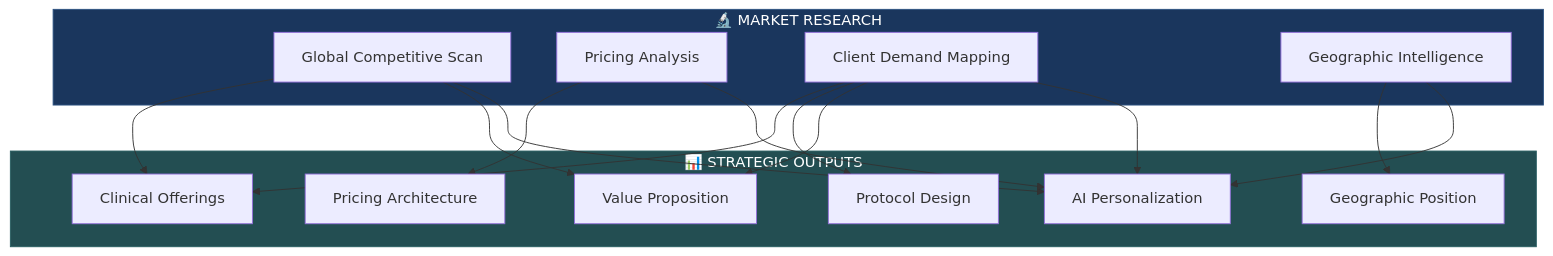
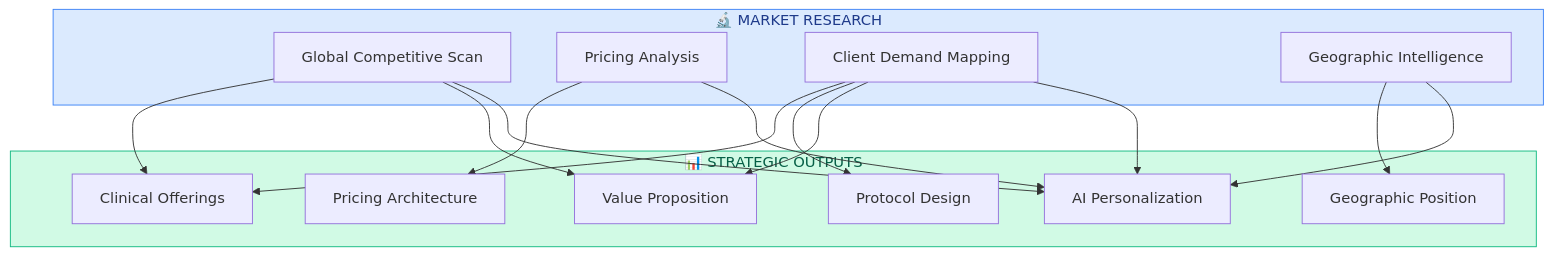
The first of 13 diagrams in docs/MARKET_RESEARCH.md (Light-Brands/epic-center), drawn with Mermaid before and after one commit. The commit also changed other lines of this file, not shown here.

First line of the commit message:
docs: Update mermaid diagram colors to softer palette

````diff
--- a/docs/MARKET_RESEARCH.md
+++ b/docs/MARKET_RESEARCH.md
@@ -86,34 +86,34 @@
 ```mermaid
 flowchart TD
     subgraph RESEARCH["🔬 MARKET RESEARCH"]
         A[Global Competitive Scan]
         B[Pricing Analysis]
         C[Client Demand Mapping]
         D[Geographic Intelligence]
     end
 
     subgraph OUTPUTS["📊 STRATEGIC OUTPUTS"]
         E[Clinical Offerings]
         F[Protocol Design]
         G[Pricing Architecture]
         H[Geographic Position]
         I[Value Proposition]
         J[AI Personalization]
     end
 
     A --> E
     A --> I
     B --> G
     C --> E
     C --> F
     C --> I
     D --> H
 
     A --> J
     B --> J
     C --> J
     D --> J
 
-    style RESEARCH fill:#1a365d,stroke:#2c5282,color:#fff
-    style OUTPUTS fill:#234e52,stroke:#285e61,color:#fff
+    style RESEARCH fill:#dbeafe,stroke:#3b82f6,color:#1e3a8a
+    style OUTPUTS fill:#d1fae5,stroke:#10b981,color:#065f46
 ```
````
